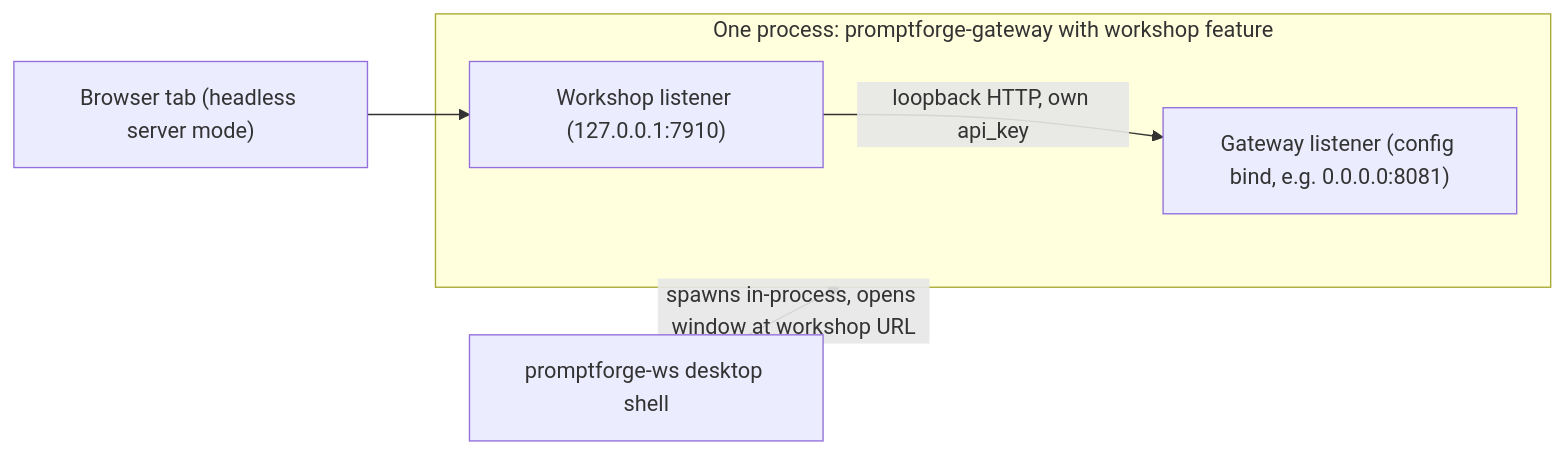
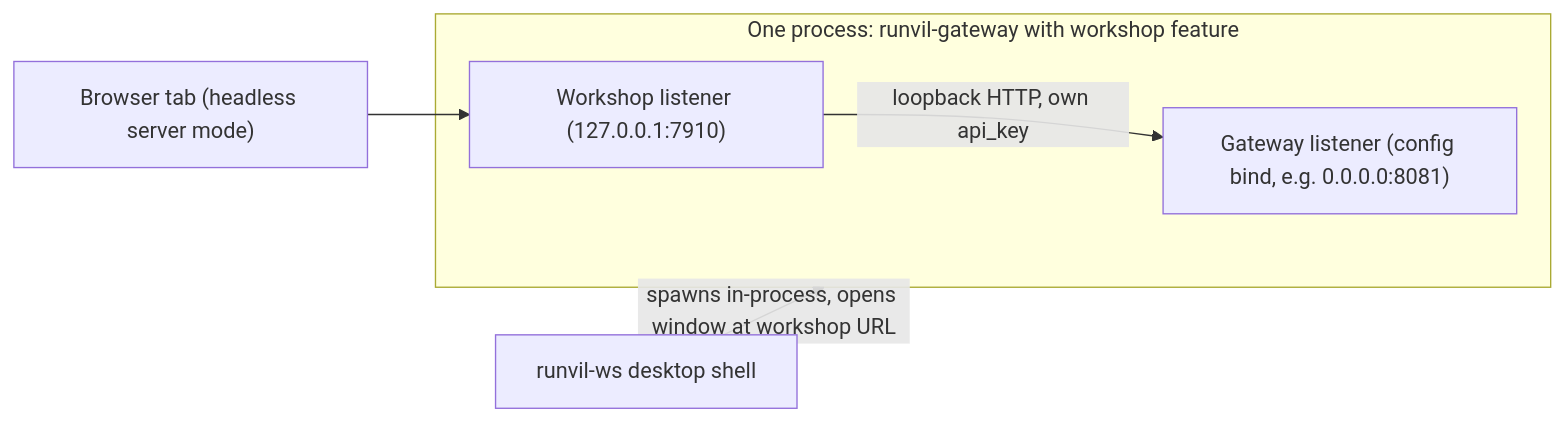
One commit to cppalliance/promptforge changed the diagram in vibe/2026-08/2026-08-27-4-merged-gateway-workshop.md. Above: the diagram before and after it, drawn with Mermaid. The commit also changed other lines of this file and 1573 other files, not shown here.

````diff
--- a/vibe/2026-08/2026-08-27-4-merged-gateway-workshop.md
+++ b/vibe/2026-08/2026-08-27-4-merged-gateway-workshop.md
@@ -89,10 +89,10 @@
 ```mermaid
 flowchart LR
-    subgraph proc [One process: promptforge-gateway with workshop feature]
+    subgraph proc [One process: runvil-gateway with workshop feature]
         GW["Gateway listener (config bind, e.g. 0.0.0.0:8081)"]
         WS["Workshop listener (127.0.0.1:7910)"]
         WS -->|"loopback HTTP, own api_key"| GW
     end
-    Shell["promptforge-ws desktop shell"] -->|"spawns in-process, opens window at workshop URL"| proc
+    Shell["runvil-ws desktop shell"] -->|"spawns in-process, opens window at workshop URL"| proc
     Browser["Browser tab (headless server mode)"] --> WS
 ```
````
